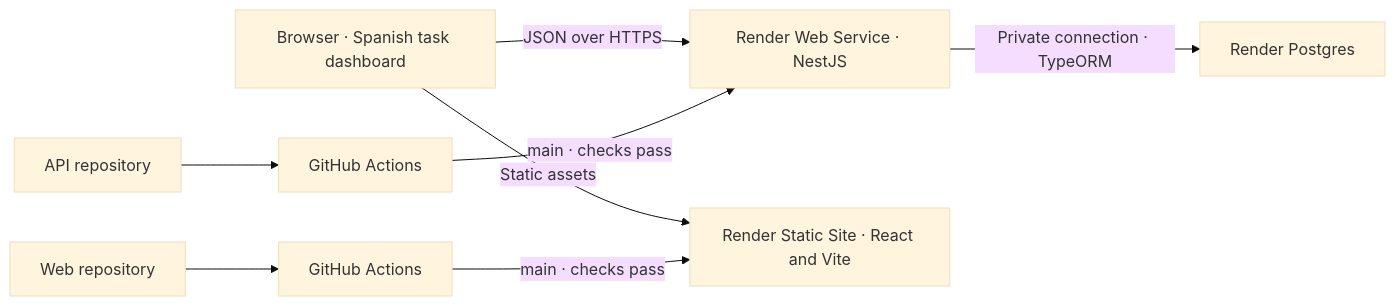
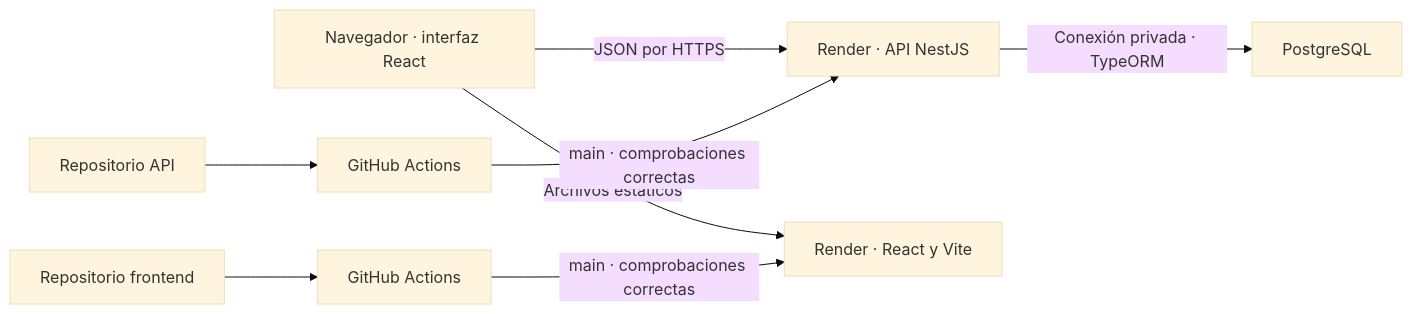
The first of 2 diagrams in ARCHITECTURE.md (guillerg01/react-node-task-manager-api), drawn with Mermaid (base theme) before and after one commit. The commit also changed other lines of this file and 3 other files, not shown here.

First line of the commit message:
Document architecture, verification, and environment setup

````diff
--- a/ARCHITECTURE.md
+++ b/ARCHITECTURE.md
@@ -5,10 +5,10 @@
 ```mermaid
 flowchart LR
-    Browser["Browser · Spanish task dashboard"] -->|"JSON over HTTPS"| API["Render Web Service · NestJS"]
-    Browser -->|"Static assets"| Web["Render Static Site · React and Vite"]
-    API -->|"Private connection · TypeORM"| DB["Render Postgres"]
-    GitWeb["Web repository"] --> WebCI["GitHub Actions"]
-    GitAPI["API repository"] --> APICI["GitHub Actions"]
-    WebCI -->|"main · checks pass"| Web
-    APICI -->|"main · checks pass"| API
+    Browser["Navegador · interfaz React"] -->|"JSON por HTTPS"| API["Render · API NestJS"]
+    Browser -->|"Archivos estáticos"| Web["Render · React y Vite"]
+    API -->|"Conexión privada · TypeORM"| DB["PostgreSQL"]
+    GitWeb["Repositorio frontend"] --> WebCI["GitHub Actions"]
+    GitAPI["Repositorio API"] --> APICI["GitHub Actions"]
+    WebCI -->|"main · comprobaciones correctas"| Web
+    APICI -->|"main · comprobaciones correctas"| API
 ```
````
